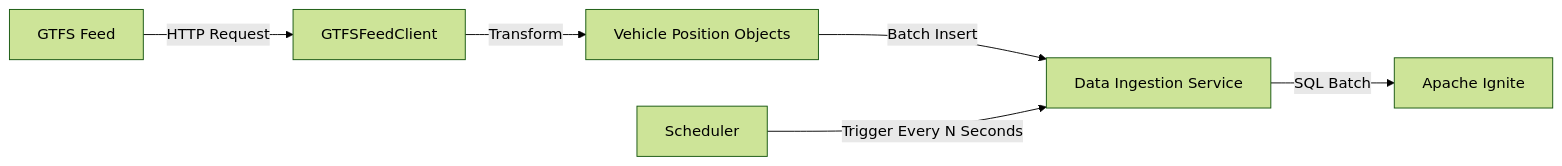
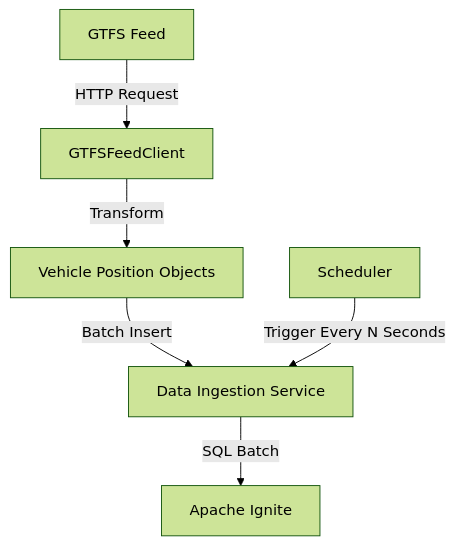
One commit to maglietti/explore-ai3 changed the diagram in tutorials/first-java-app/05-data-ingestion.md. Above: the diagram before and after it, drawn with Mermaid (forest theme). The commit also changed other lines of this file and 5 other files, not shown here.

````diff
--- a/tutorials/first-java-app/05-data-ingestion.md
+++ b/tutorials/first-java-app/05-data-ingestion.md
@@ -15,8 +15,8 @@
 ```mermaid
-graph LR
+graph TB
     GTFS[GTFS Feed] --> |HTTP Request| Client[GTFSFeedClient]
     Client --> |Transform| Domain[Vehicle Position Objects]
     Domain --> |Batch Insert| Service[Data Ingestion Service]
     Service --> |SQL Batch| Ignite[Apache Ignite]
     Clock[Scheduler] --> |Trigger Every N Seconds| Service
 ```
````
